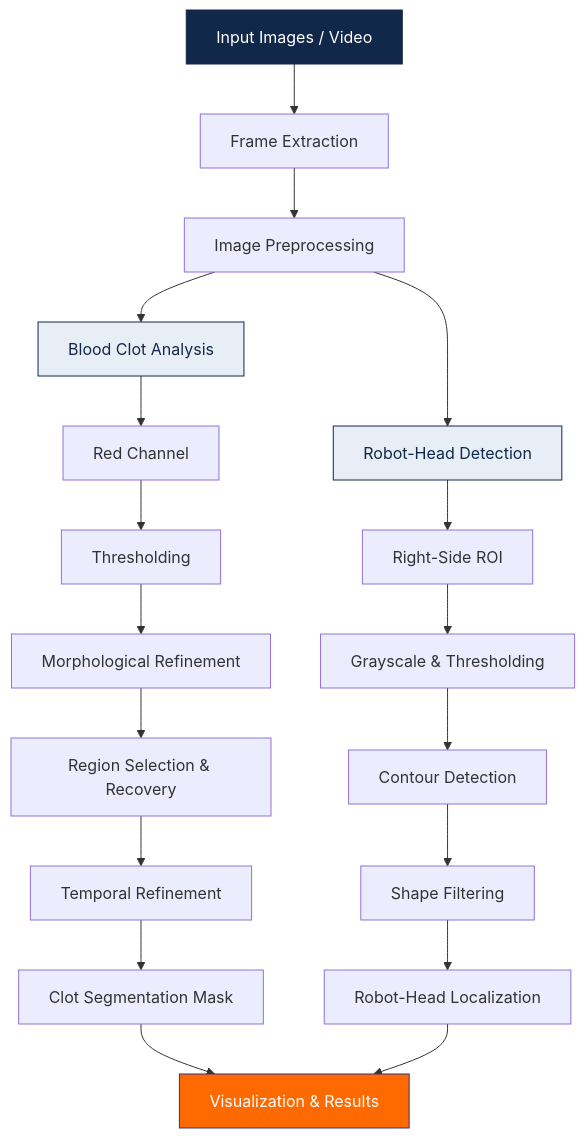
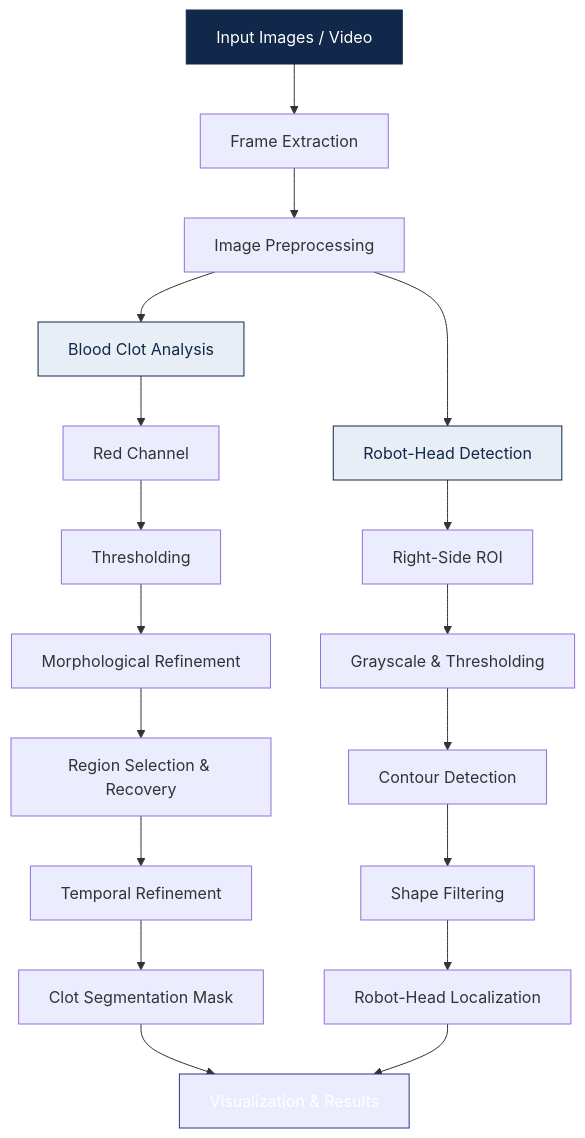
Before and after one commit to daliamahdy/blood-clot-analysis-cv: the diagram in README.md, drawn with Mermaid.

Commit message:
Fix color code for style K in README.md

````diff
--- a/README.md
+++ b/README.md
@@ -15,29 +15,29 @@
 ```mermaid
 flowchart TD
     A["Input Images / Video"] --> B["Frame Extraction"]
     B --> C["Image Preprocessing"]
 
     C --> D1["Blood Clot Analysis"]
     C --> D2["Robot-Head Detection"]
 
     D1 --> E1["Red Channel"]
     E1 --> F1["Thresholding"]
     F1 --> G1["Morphological Refinement"]
     G1 --> H1["Region Selection & Recovery"]
     H1 --> I1["Temporal Refinement"]
     I1 --> J1["Clot Segmentation Mask"]
 
     D2 --> E2["Right-Side ROI"]
     E2 --> F2["Grayscale & Thresholding"]
     F2 --> G2["Contour Detection"]
     G2 --> H2["Shape Filtering"]
     H2 --> I2["Robot-Head Localization"]
 
     J1 --> K["Visualization & Results"]
     I2 --> K
 
     style A fill:#11284b,color:#ffffff,stroke:#11284b
-    style K fill:#ff6a00,color:#ffffff,stroke:#2c3482
+    style K fill:##2c3482,color:#ffffff,stroke:#2c3482
     style D1 fill:#e8eef5,color:#11284b,stroke:#11284b
     style D2 fill:#e8eef5,color:#11284b,stroke:#11284b
 ```
````
